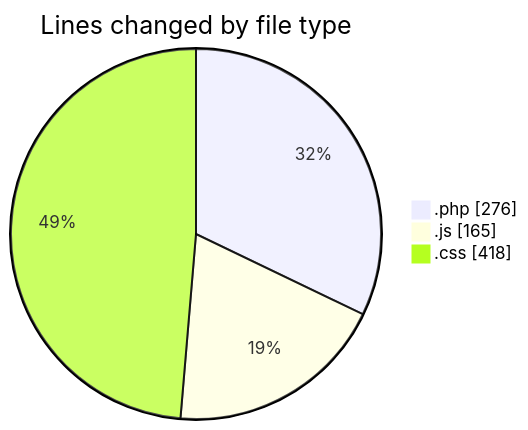
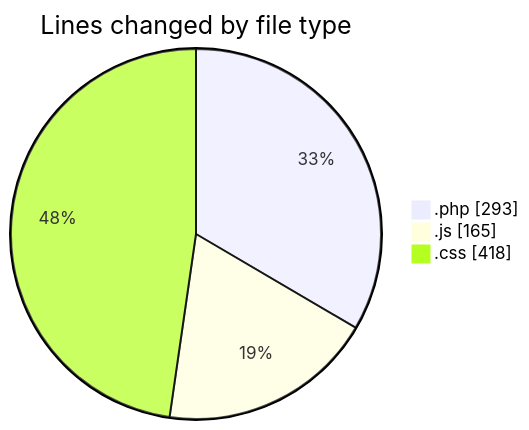
The first of 2 diagrams in 2025-04-11/web/README.md (LanceThiago/code-tracking), drawn with Mermaid before and after one commit. The commit also changed other lines of this file and 1 other file, not shown here.

````diff
--- a/2025-04-11/web/README.md
+++ b/2025-04-11/web/README.md
@@ -22,7 +22,7 @@
 ```mermaid
 pie showData
 title Lines changed by file type
-".php" : 276
+".php" : 293
 ".js" : 165
 ".css" : 418
 ```
````
